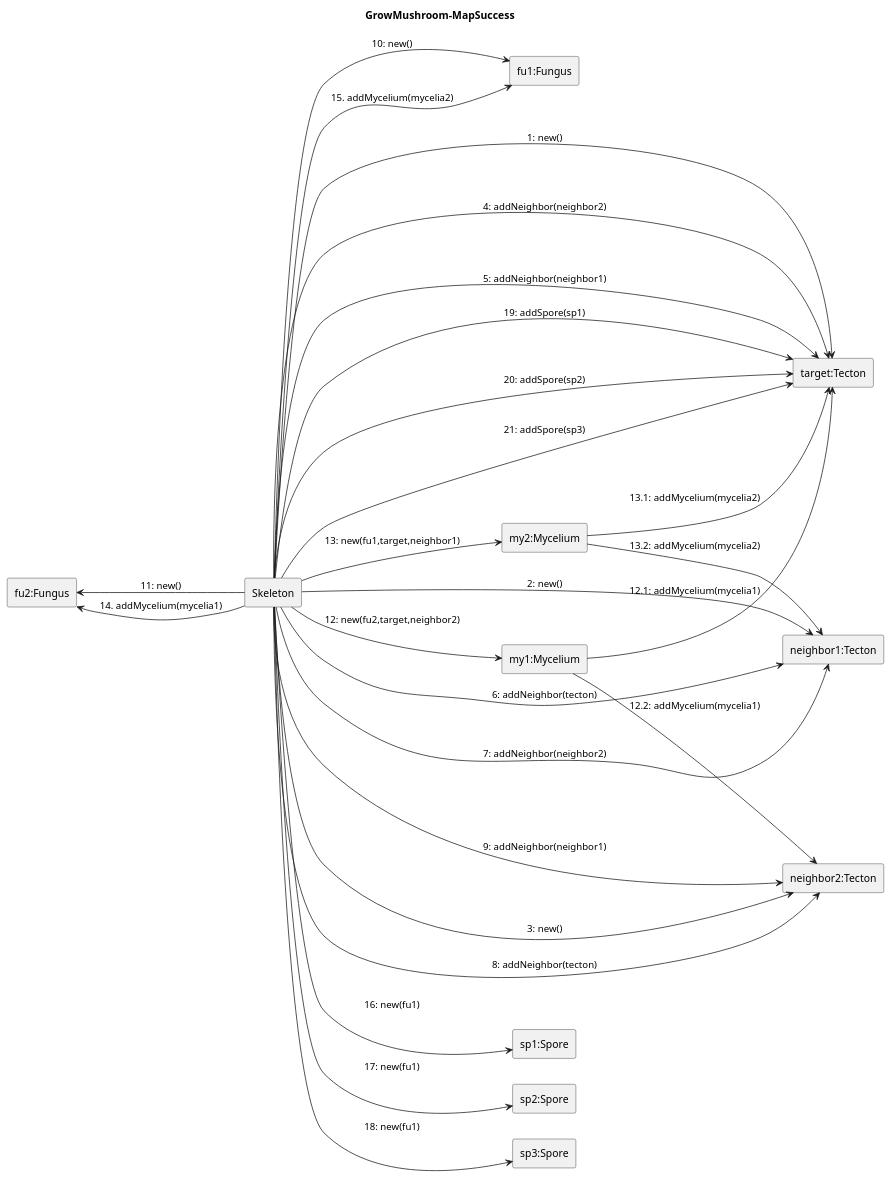
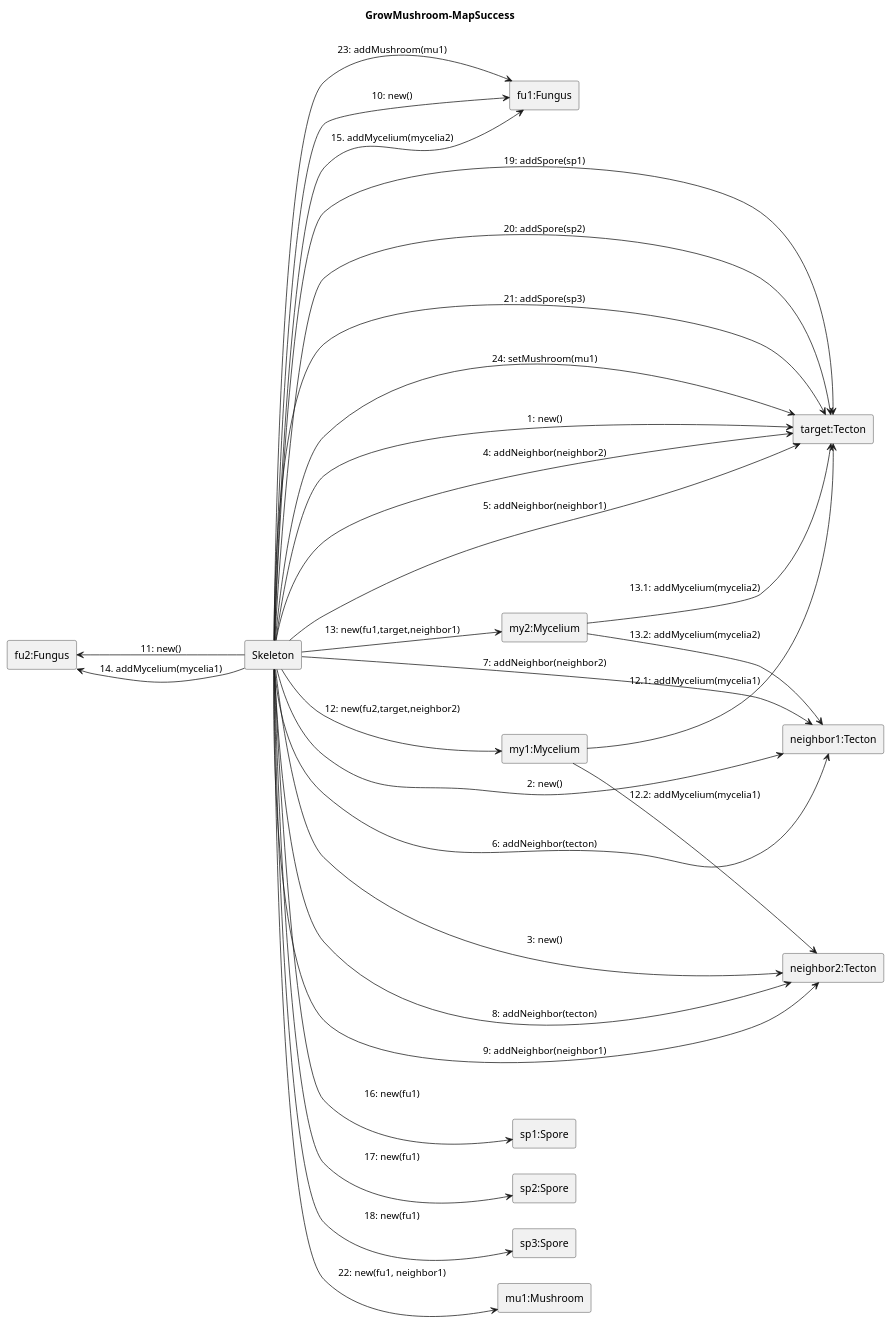
Before and after one commit to ZD4ve/projlab-error521: the diagram in Skeleton/Grow-mushroom/map-success.pu, drawn with PlantUML. The commit also changed 3 other files, not shown here.

```diff
--- a/Skeleton/Grow-mushroom/map-success.pu
+++ b/Skeleton/Grow-mushroom/map-success.pu
@@ -1,50 +1,55 @@
 @startuml Grow-mushroom/map-success
 left to right direction
 
 title GrowMushroom-MapSuccess
 
 rectangle Skeleton as S 
 
 rectangle "fu1:Fungus" as fu1
 rectangle "fu2:Fungus" as fu2
 rectangle "my1:Mycelium" as mycelia1
 rectangle "my2:Mycelium" as mycelia2
 rectangle "target:Tecton" as tecton
 rectangle "neighbor1:Tecton" as neighbor1
 rectangle "neighbor2:Tecton" as neighbor2
 rectangle "sp1:Spore" as sp1
 rectangle "sp2:Spore" as sp2
 rectangle "sp3:Spore" as sp3
+rectangle "mu1:Mushroom" as mu1
 
 S --> tecton: 1: new()
 S --> neighbor1: 2: new()
 S --> neighbor2: 3: new()
 S --> tecton: 4: addNeighbor(neighbor2)
 S --> tecton: 5: addNeighbor(neighbor1)
 S --> neighbor1: 6: addNeighbor(tecton)
 S --> neighbor1: 7: addNeighbor(neighbor2)
 S --> neighbor2: 8: addNeighbor(tecton)
 S --> neighbor2: 9: addNeighbor(neighbor1)
 
 S -left-> fu1: 10: new()
 S -left-> fu2: 11: new()
 
 S --> mycelia1: 12: new(fu2,target,neighbor2)
 mycelia1 --> tecton: 12.1: addMycelium(mycelia1)
 mycelia1 --> neighbor2 : 12.2: addMycelium(mycelia1)
 
 S --> mycelia2: 13: new(fu1,target,neighbor1)
 mycelia2 --> tecton: 13.1: addMycelium(mycelia2)
 mycelia2 --> neighbor1 : 13.2: addMycelium(mycelia2)
 
 S --> fu2: 14. addMycelium(mycelia1)
 S --> fu1: 15. addMycelium(mycelia2)
 
 S --> sp1: 16: new(fu1)
 S --> sp2: 17: new(fu1)
 S --> sp3: 18: new(fu1)
 S --> tecton: 19: addSpore(sp1)
 S --> tecton: 20: addSpore(sp2)
 S --> tecton: 21: addSpore(sp3)
 
+S --> mu1: 22: new(fu1, neighbor1)
+S --> fu1: 23: addMushroom(mu1)
+S --> tecton: 24: setMushroom(mu1)
+
 @enduml
```
